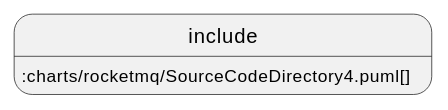
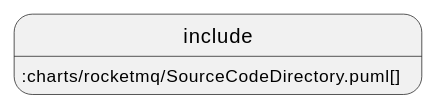
One commit to jjyyjjyy/cafebabe changed the first of 4 diagrams in notes/RocketMQ.adoc. Above: the diagram before and after it, drawn with PlantUML. The commit also changed 6 other files, not shown here.

```diff
--- a/notes/RocketMQ.adoc
+++ b/notes/RocketMQ.adoc
@@ -31,4 +31,4 @@
 [plantuml,SourceCodeDirectory4,svg]
 ....
-include::charts/rocketmq/SourceCodeDirectory4.puml[]
+include::charts/rocketmq/SourceCodeDirectory.puml[]
 ....
```
